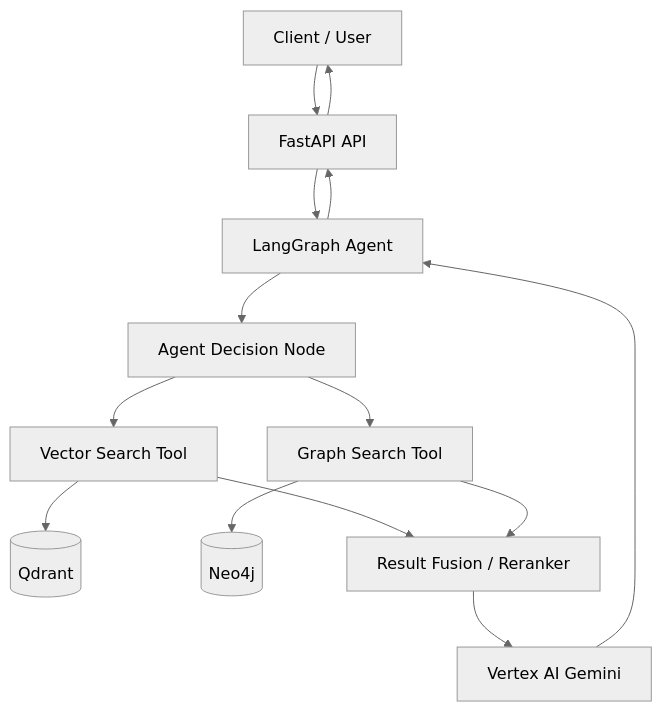
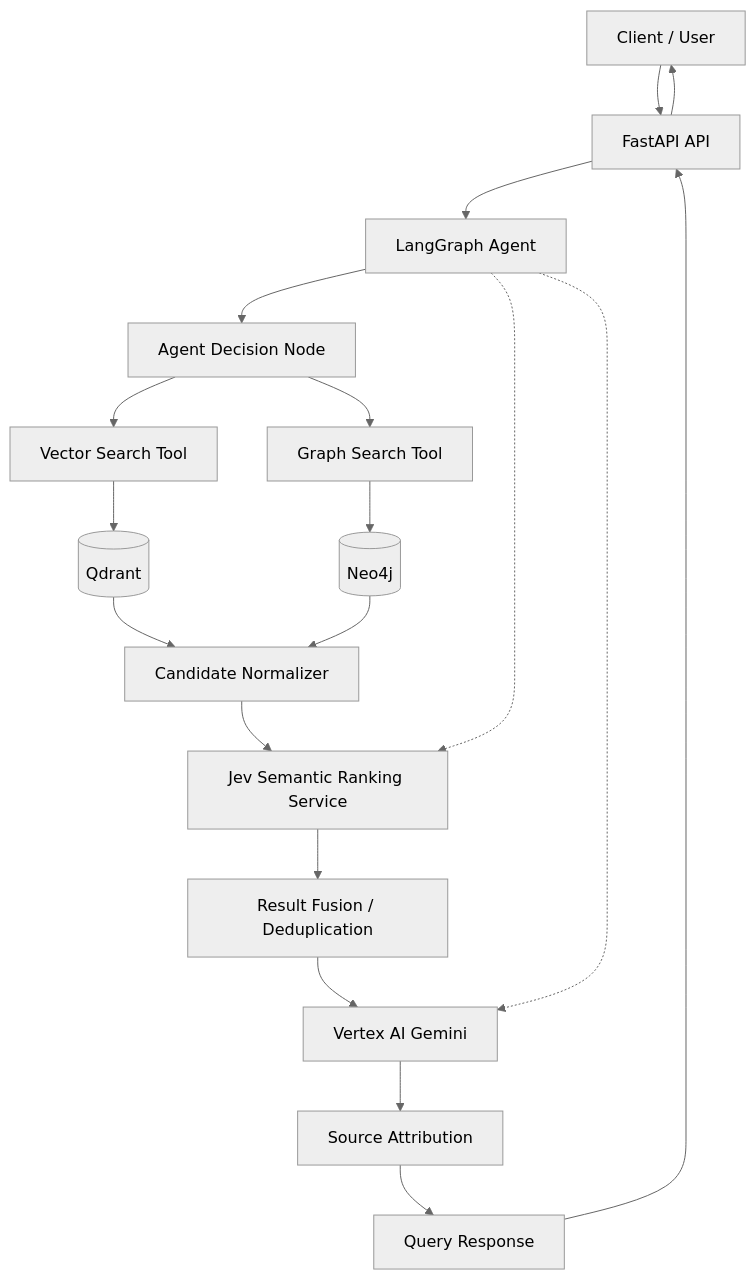
Before and after one commit to adarshmadhusoodanan/agentic-graph-rag: the diagram in docs/04_component_diagram.md, drawn with Mermaid (neutral theme). The commit also changed other lines of this file and 8 other files, not shown here.

Commit message:
doc: implementation docs for integrating jev for improving accuracy and caliberated probability for getting right answers for query

````diff
--- a/docs/04_component_diagram.md
+++ b/docs/04_component_diagram.md
@@ -3,40 +3,44 @@
 ```mermaid
 flowchart TB
-
     Client[Client / User]
-
     API[FastAPI API]
-
     Agent[LangGraph Agent]
-
     Router[Agent Decision Node]
 
     VectorTool[Vector Search Tool]
     GraphTool[Graph Search Tool]
 
     Qdrant[(Qdrant)]
     Neo4j[(Neo4j)]
 
-    Fusion[Result Fusion / Reranker]
-
+    CandidateNormalizer[Candidate Normalizer]
+    JevReranker[Jev Semantic Ranking Service]
+    Fusion[Result Fusion / Deduplication]
     Gemini[Vertex AI Gemini]
+    SourceBuilder[Source Attribution]
+    Response[Query Response]
 
     Client --> API
     API --> Agent
-
     Agent --> Router
 
     Router --> VectorTool
     Router --> GraphTool
 
     VectorTool --> Qdrant
     GraphTool --> Neo4j
 
-    VectorTool --> Fusion
-    GraphTool --> Fusion
+    Qdrant --> CandidateNormalizer
+    Neo4j --> CandidateNormalizer
 
+    CandidateNormalizer --> JevReranker
+    JevReranker --> Fusion
     Fusion --> Gemini
-    Gemini --> Agent
-    Agent --> API
+    Gemini --> SourceBuilder
+    SourceBuilder --> Response
+    Response --> API
     API --> Client
+
+    Agent -.-> Gemini
+    Agent -.-> JevReranker
 ```
````
